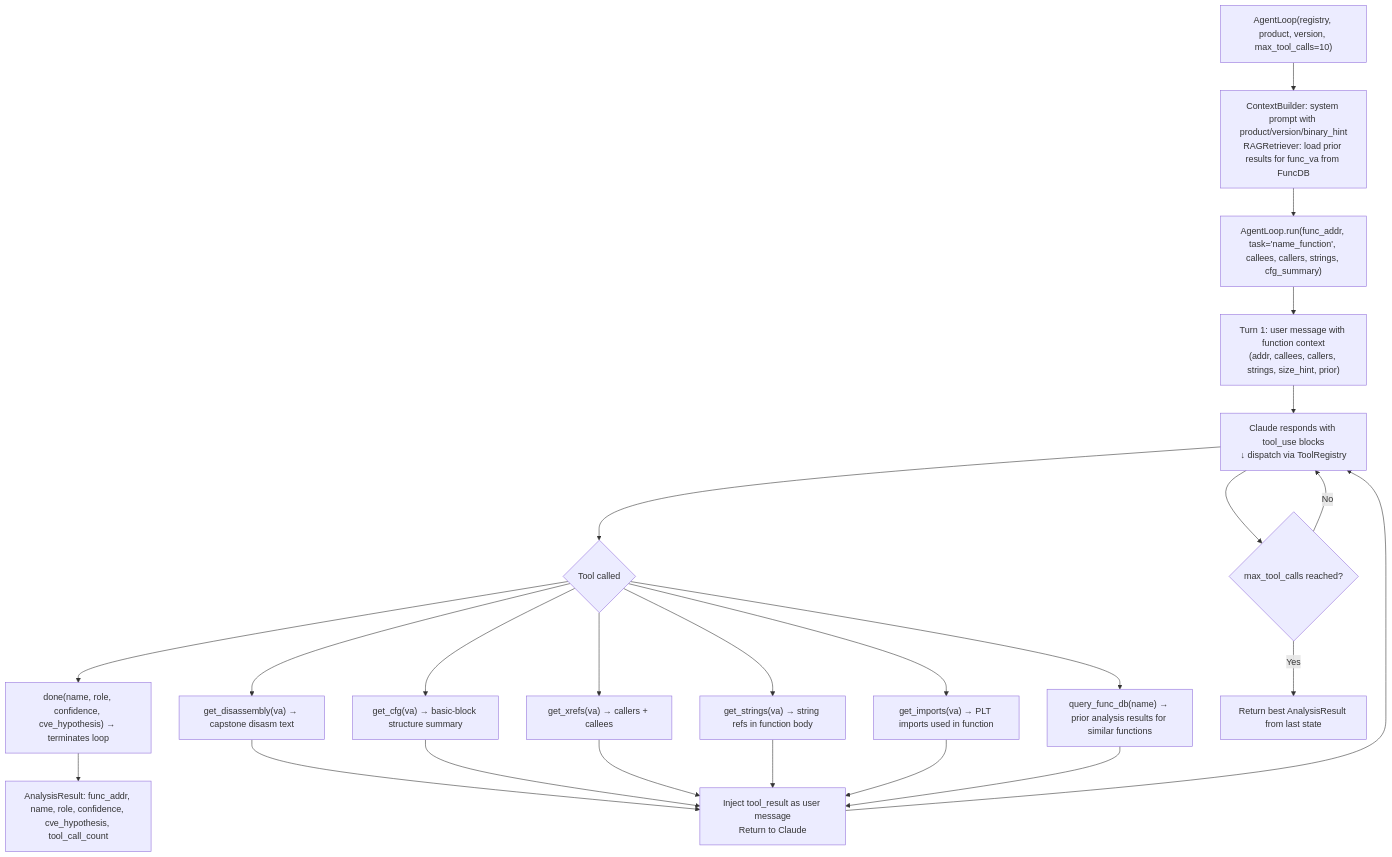
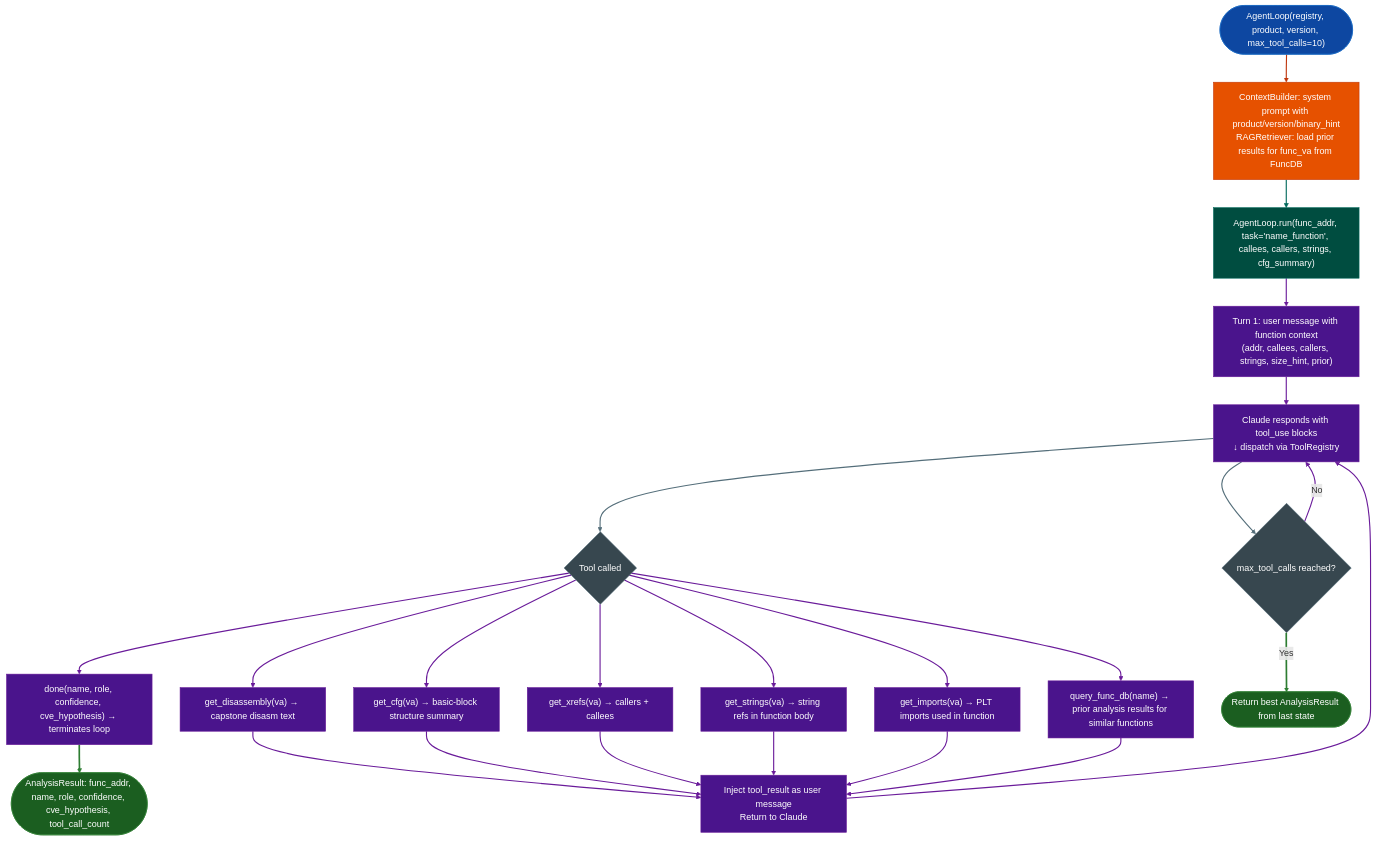
Before and after one commit to Ablation-Tool/ablation: the diagram in docs/reference-modules/llm-analyst-loop.md, drawn with Mermaid. The commit also changed 320 other files, not shown here.

First line of the commit message:
docs: apply canonical Mermaid template to all 321 diagrams

````diff
--- a/docs/reference-modules/llm-analyst-loop.md
+++ b/docs/reference-modules/llm-analyst-loop.md
@@ -19,26 +19,55 @@
 ```mermaid
 flowchart TD
-    A["AgentLoop(registry, product, version, max_tool_calls=10)"] --> B["ContextBuilder: system prompt with product/version/binary_hint\nRAGRetriever: load prior results for func_va from FuncDB"]
-    B --> C["AgentLoop.run(func_addr, task='name_function', callees, callers, strings, cfg_summary)"]
-    C --> D["Turn 1: user message with function context\n(addr, callees, callers, strings, size_hint, prior)"]
-    D --> E["Claude responds with tool_use blocks\n↓ dispatch via ToolRegistry"]
-    E --> F{"Tool called"}
-    F --> G["get_disassembly(va) → capstone disasm text"]
-    F --> H["get_cfg(va) → basic-block structure summary"]
-    F --> I["get_xrefs(va) → callers + callees"]
-    F --> J["get_strings(va) → string refs in function body"]
-    F --> K["get_imports(va) → PLT imports used in function"]
-    F --> L["query_func_db(name) → prior analysis results for similar functions"]
-    F --> M["done(name, role, confidence, cve_hypothesis) → terminates loop"]
-    G --> N["Inject tool_result as user message\nReturn to Claude"]
-    H --> N
-    I --> N
-    J --> N
-    K --> N
-    L --> N
-    M --> O["AnalysisResult: func_addr, name, role, confidence, cve_hypothesis, tool_call_count"]
-    N --> E
-    E --> P{"max_tool_calls reached?"}
-    P -->|Yes| Q["Return best AnalysisResult from last state"]
-    P -->|No| E
+    A(["AgentLoop(registry, product, version, max_tool_calls=10)"]):::input --> B["ContextBuilder: system prompt with product/version/binary_hint\nRAGRetriever: load prior results for func_va from FuncDB"]:::primary
+    B:::primary --> C["AgentLoop.run(func_addr, task='name_function', callees, callers, strings, cfg_summary)"]:::secondary
+    C:::secondary --> D["Turn 1: user message with function context\n(addr, callees, callers, strings, size_hint, prior)"]:::tertiary
+    D:::tertiary --> E["Claude responds with tool_use blocks\n↓ dispatch via ToolRegistry"]:::tertiary
+    E:::tertiary --> F{"Tool called"}:::neutral
+    F:::neutral --> G["get_disassembly(va) → capstone disasm text"]:::tertiary
+    F:::neutral --> H["get_cfg(va) → basic-block structure summary"]:::tertiary
+    F:::neutral --> I["get_xrefs(va) → callers + callees"]:::tertiary
+    F:::neutral --> J["get_strings(va) → string refs in function body"]:::tertiary
+    F:::neutral --> K["get_imports(va) → PLT imports used in function"]:::tertiary
+    F:::neutral --> L["query_func_db(name) → prior analysis results for similar functions"]:::tertiary
+    F:::neutral --> M["done(name, role, confidence, cve_hypothesis) → terminates loop"]:::tertiary
+    G:::tertiary --> N["Inject tool_result as user message\nReturn to Claude"]:::tertiary
+    H:::tertiary --> N:::tertiary
+    I:::tertiary --> N:::tertiary
+    J:::tertiary --> N:::tertiary
+    K:::tertiary --> N:::tertiary
+    L:::tertiary --> N:::tertiary
+    M:::tertiary --> O(["AnalysisResult: func_addr, name, role, confidence, cve_hypothesis, tool_call_count"]):::output
+    N:::tertiary --> E:::tertiary
+    E:::tertiary --> P{"max_tool_calls reached?"}:::neutral
+    P:::neutral -->|Yes| Q(["Return best AnalysisResult from last state"]):::output
+    P:::neutral -->|No| E:::tertiary
+    classDef input     fill:#0d47a1,stroke:#1565c0,color:#fff
+    classDef primary   fill:#e65100,stroke:#bf360c,color:#fff
+    classDef secondary fill:#004d40,stroke:#00695c,color:#fff
+    classDef tertiary  fill:#4a148c,stroke:#6a1b9a,color:#fff
+    classDef neutral   fill:#37474f,stroke:#546e7a,color:#fff
+    classDef output    fill:#1b5e20,stroke:#2e7d32,color:#fff
+    linkStyle 0 stroke:#bf360c,stroke-width:2px
+    linkStyle 1 stroke:#00695c,stroke-width:2px
+    linkStyle 2 stroke:#6a1b9a,stroke-width:2px
+    linkStyle 3 stroke:#6a1b9a,stroke-width:2px
+    linkStyle 4 stroke:#546e7a,stroke-width:2px
+    linkStyle 5 stroke:#6a1b9a,stroke-width:2px
+    linkStyle 6 stroke:#6a1b9a,stroke-width:2px
+    linkStyle 7 stroke:#6a1b9a,stroke-width:2px
+    linkStyle 8 stroke:#6a1b9a,stroke-width:2px
+    linkStyle 9 stroke:#6a1b9a,stroke-width:2px
+    linkStyle 10 stroke:#6a1b9a,stroke-width:2px
+    linkStyle 11 stroke:#6a1b9a,stroke-width:2px
+    linkStyle 12 stroke:#6a1b9a,stroke-width:2px
+    linkStyle 13 stroke:#6a1b9a,stroke-width:2px
+    linkStyle 14 stroke:#6a1b9a,stroke-width:2px
+    linkStyle 15 stroke:#6a1b9a,stroke-width:2px
+    linkStyle 16 stroke:#6a1b9a,stroke-width:2px
+    linkStyle 17 stroke:#6a1b9a,stroke-width:2px
+    linkStyle 18 stroke:#2e7d32,stroke-width:3px
+    linkStyle 19 stroke:#6a1b9a,stroke-width:2px
+    linkStyle 20 stroke:#546e7a,stroke-width:2px
+    linkStyle 21 stroke:#2e7d32,stroke-width:3px
+    linkStyle 22 stroke:#6a1b9a,stroke-width:2px
 ```
````
